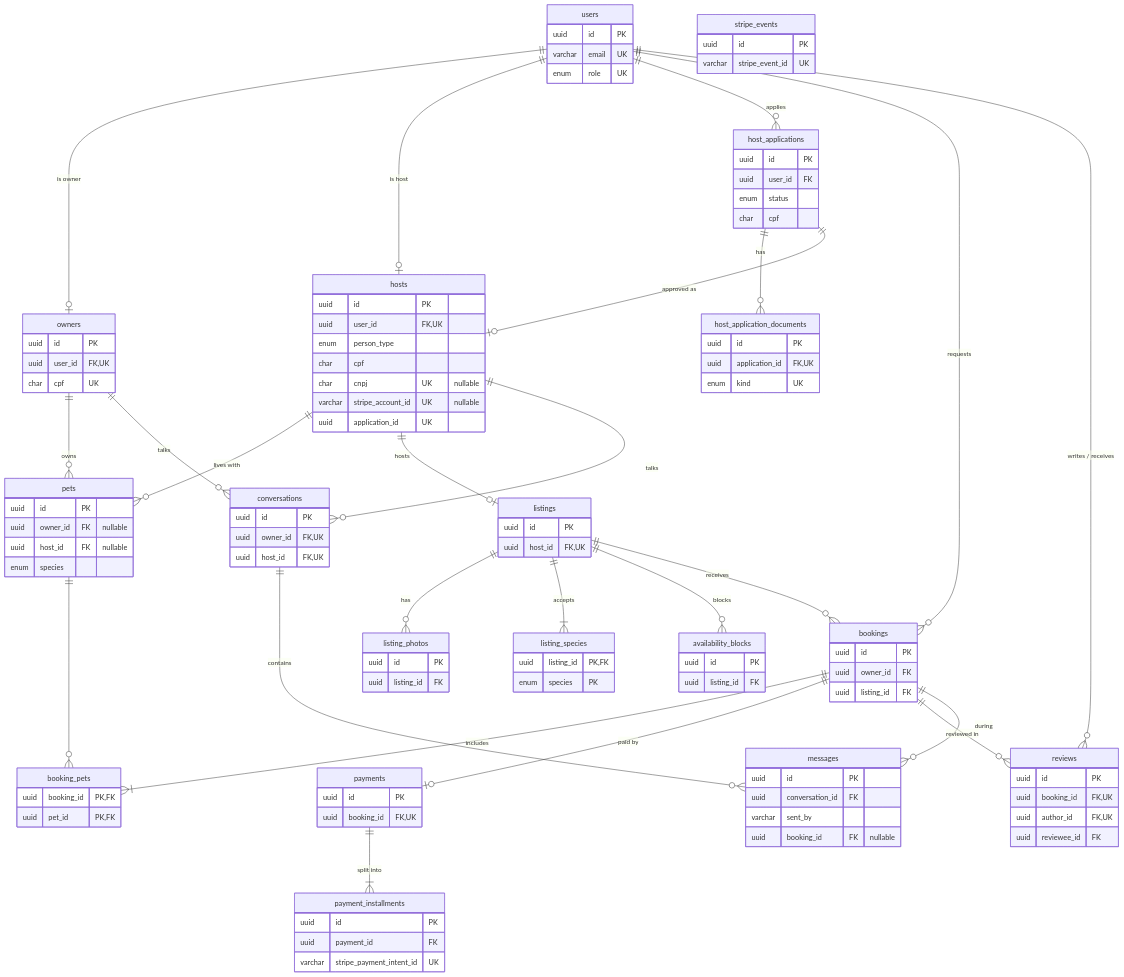
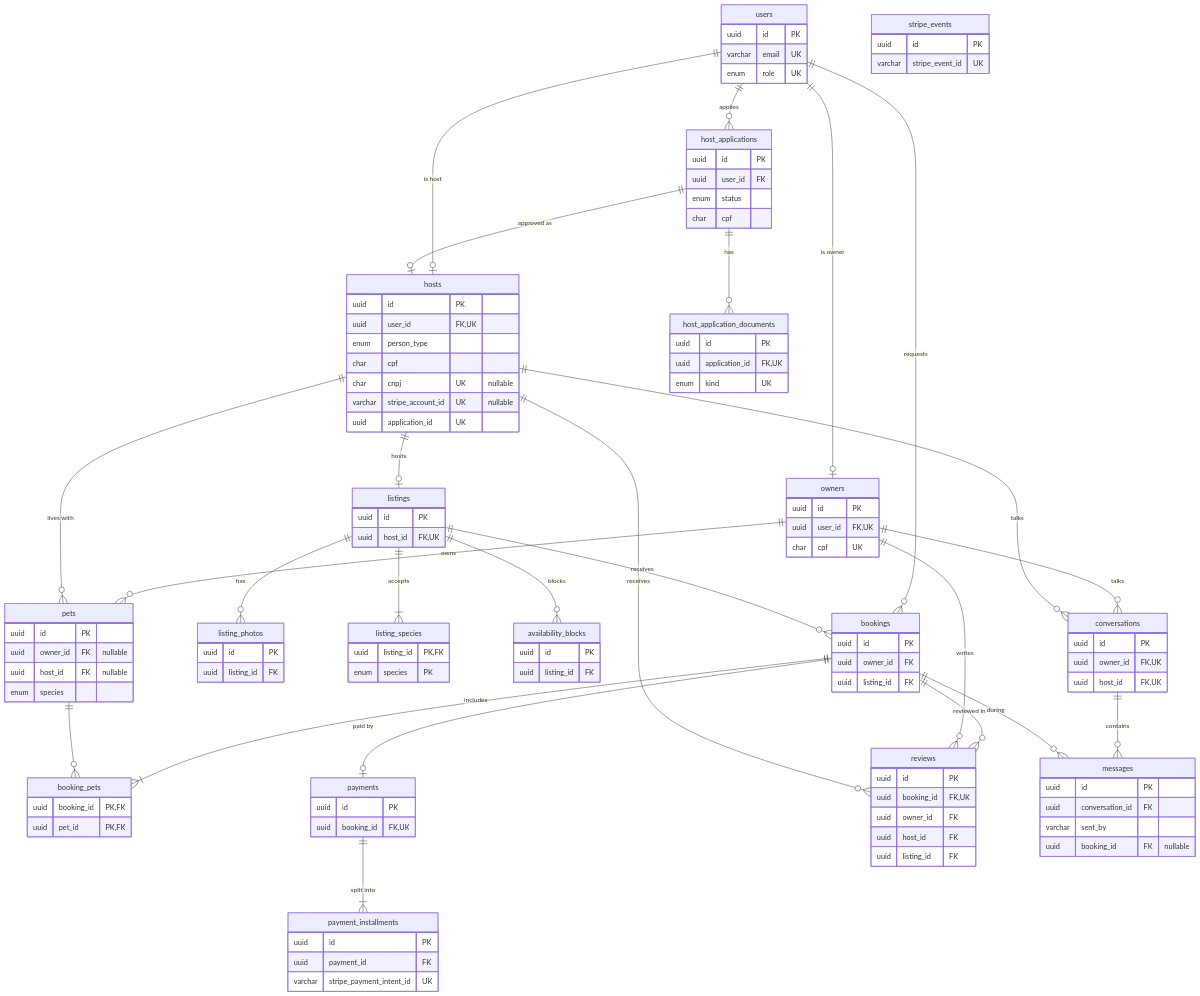
The diagram in docs/escopo-mvp.md (Olival42/pethost_backend), drawn with Mermaid before and after one commit. The commit also changed other lines of this file and 190 other files, not shown here.

````diff
--- a/docs/escopo-mvp.md
+++ b/docs/escopo-mvp.md
@@ -225,7 +225,8 @@
     bookings ||--o| payments : "paid by"
     payments ||--|{ payment_installments : "split into"
     bookings ||--o{ reviews : "reviewed in"
-    users ||--o{ reviews : "writes / receives"
+    owners ||--o{ reviews : "writes"
+    hosts ||--o{ reviews : "receives"
     owners ||--o{ conversations : "talks"
     hosts ||--o{ conversations : "talks"
     conversations ||--o{ messages : "contains"
@@ -318,7 +319,8 @@
     reviews {
         uuid id PK
         uuid booking_id FK, UK
-        uuid author_id FK, UK
-        uuid reviewee_id FK
+        uuid owner_id FK
+        uuid host_id FK
+        uuid listing_id FK
     }
 ```
````
